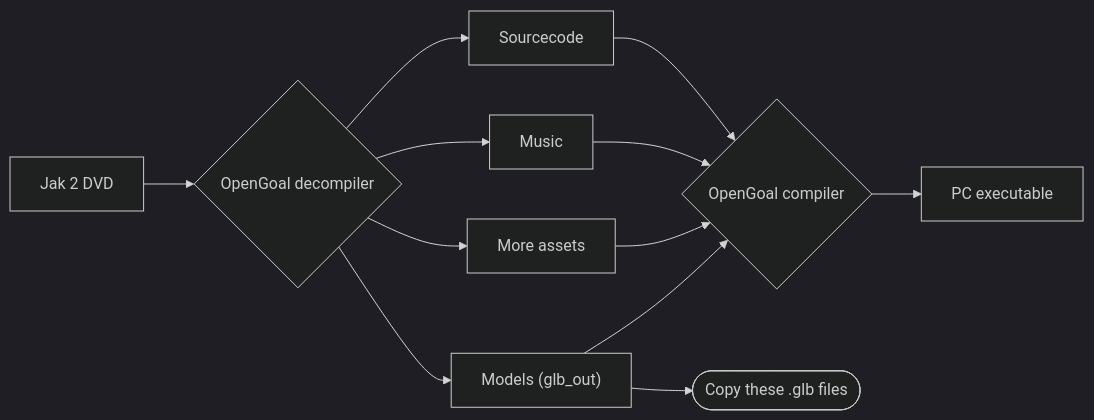
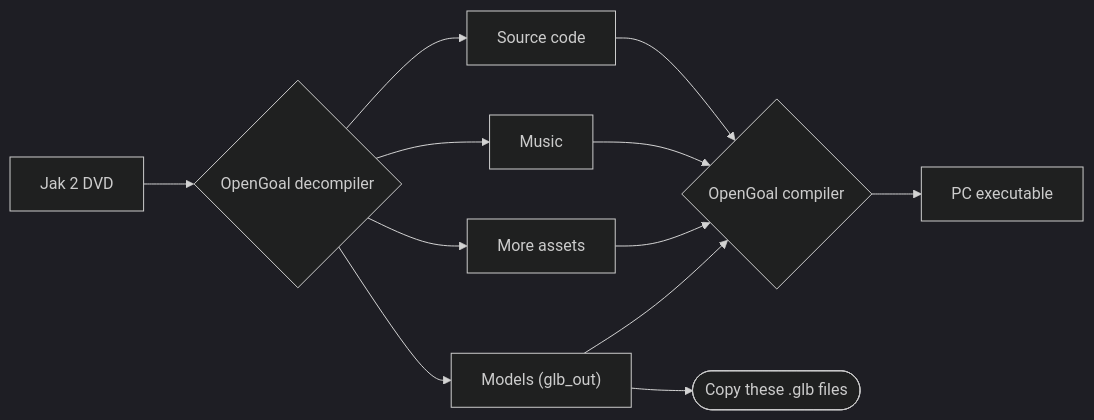
One commit to Pronink/jak-2-bar-crew-vrchat changed the diagram in README.md. Above: the diagram before and after it, drawn with Mermaid (dark theme). The commit also changed other lines of this file and 2 other files, not shown here.

````diff
--- a/README.md
+++ b/README.md
@@ -64,10 +65,10 @@
 ```mermaid
 flowchart LR
     DVD[Jak 2 DVD] --> decompiler{OpenGoal decompiler}
-    decompiler --> Src[Sourcecode] --> compiler
+    decompiler --> Src[Source code] --> compiler
     decompiler --> Music --> compiler
     decompiler --> Assets[More assets] --> compiler
     decompiler --> Levels --> compiler
     compiler{OpenGoal compiler} --> PC[PC executable]
     Levels["Models (glb_out)"] --> copyThese([Copy these .glb files])
 ```
````
